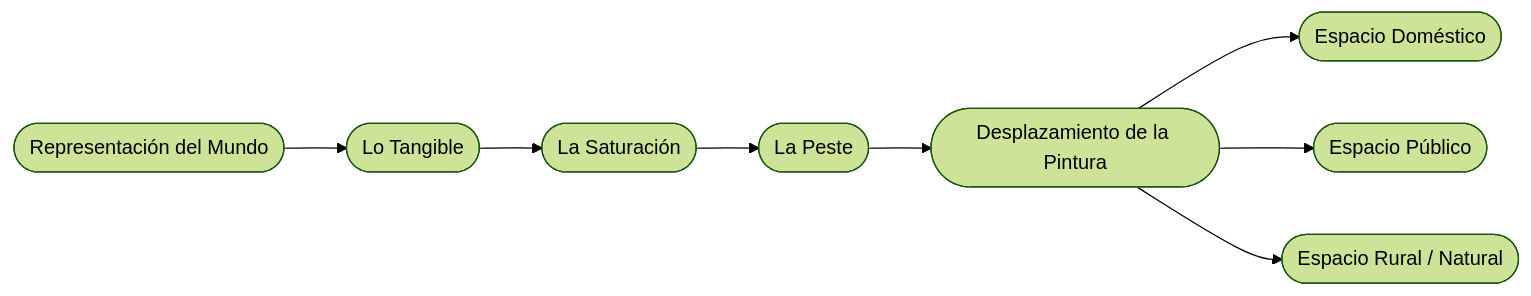
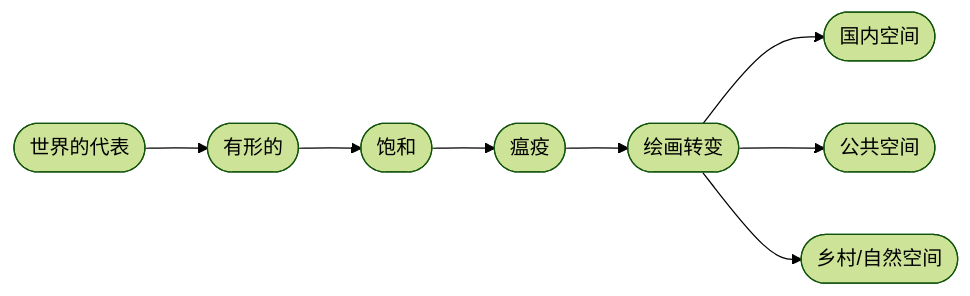
Before and after one commit to EGGS-Artesvisuales/EGGS-Artesvisuales.github.io: the diagram in CHN/desplazamiento-pintura.md, drawn with Mermaid (forest theme). The commit also changed other lines of this file and 43 other files, not shown here.

```diff
--- a/CHN/desplazamiento-pintura.md
+++ b/CHN/desplazamiento-pintura.md
@@ -33,32 +33,32 @@
 <div class="mermaid">
 graph LR
-  Z([Representación del Mundo])
-  Y([Lo Tangible])
-  A([La Saturación])
-  B([La Peste])
-  F([Desplazamiento de la Pintura])
+  Z([世界的代表])
+  Y([有形的])
+  A([饱和])
+  B([瘟疫])
+  F([绘画转变])
 
-  F1([Espacio Doméstico])
-  F2([Espacio Público])
-  F3([Espacio Rural / Natural])
+  F1([国内空间])
+  F2([公共空间])
+  F3([乡村/自然空间])
 
   Z --> Y
   Y --> A
   A --> B
   B --> F
 
   F --> F1
   F --> F2
   F --> F3
 
-  %% Enlaces (existentes)
-  click Z "/CHN/mundo-exterior.html" "Ver Representación del Mundo"
-  click Y "/CHN/tangible.html" "Ver Lo Tangible"
-  click A "/CHN/saturacion.html" "Ver La Saturación"
-  click B "/CHN/la-peste.html" "Ver La Peste"
-  click F "/CHN/desplazamiento-pintura.html" "Ir a Desplazamiento de la Pintura"
-  click F1 "/CHN/espacio-domestico.html" "Ir a Espacio Doméstico"
-  click F2 "/CHN/espacio-publico.html" "Ir a Espacio Público"
-  click F3 "/CHN/espacio-rural.html" "Ir a Espacio Rural / Natural"
+  %% Enlaces (现存的)
+  click Z "/CHN/mundo-exterior.html" "参见世界的代表性"
+  click Y "/CHN/tangible.html" "看到有形的"
+  click A "/CHN/saturacion.html" "查看饱和度"
+  click B "/CHN/la-peste.html" "参见瘟疫"
+  click F "/CHN/desplazamiento-pintura.html" "转到绘画变换"
+  click F1 "/CHN/espacio-domestico.html" "前往国内空间"
+  click F2 "/CHN/espacio-publico.html" "前往公共空间"
+  click F3 "/CHN/espacio-rural.html" "前往乡村/自然空间"
 
 </div>
```
